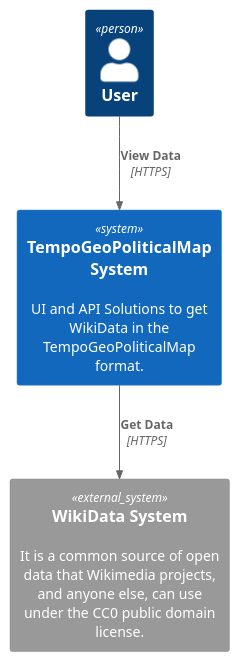
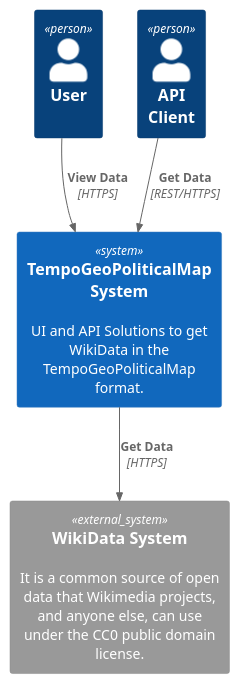
Before and after one commit to TempoGeoPoliticalMap/tgpm-docs: the diagram in src/1. Technical Design/1. Solution Architecture/context.puml, drawn with PlantUML. The commit also changed 18 other files, not shown here.

```diff
--- a/src/1. Technical Design/1. Solution Architecture/context.puml
+++ b/src/1. Technical Design/1. Solution Architecture/context.puml
@@ -1,12 +1,15 @@
 @startuml C4_Elements
 !include https://raw.githubusercontent.com/plantuml-stdlib/C4-PlantUML/master/C4_Container.puml
 
 'LAYOUT_WITH_LEGEND()
 
-Person(user, "User", "")
+Person(user, "User\n", "")
+Person(api_client, "API \nClient", "")
+
 System(tgpmSystem, "TempoGeoPoliticalMap System", "UI and API Solutions to get WikiData in the TempoGeoPoliticalMap format.")
 System_Ext(wikidata, "WikiData System", "It is a common source of open data that Wikimedia projects, and anyone else, can use under the CC0 public domain license.")
 
 Rel(user, tgpmSystem, "View Data", "HTTPS")
+Rel(api_client, tgpmSystem, "Get Data", "REST/HTTPS")
 Rel(tgpmSystem, wikidata, "Get Data", "HTTPS")
 @enduml
```
